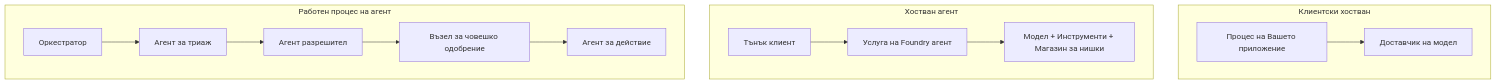
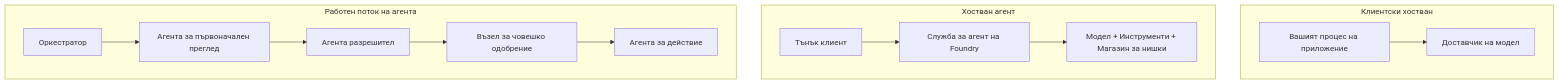
Before and after one commit to gabrielmoreira/agent-skills-mirror: the first of 4 diagrams in mirrors/repos/microsoft@ai-agents-for-beginners/translations/bg/16-deploying-scalable-agents/README.md, drawn with Mermaid. The commit also changed other lines of this file and 4262 other files, not shown here.

````diff
--- a/mirrors/repos/microsoft@ai-agents-for-beginners/translations/bg/16-deploying-scalable-agents/README.md
+++ b/mirrors/repos/microsoft@ai-agents-for-beginners/translations/bg/16-deploying-scalable-agents/README.md
@@ -87,16 +87,16 @@
 ```mermaid
 flowchart TB
     subgraph P1[Клиентски хостван]
-        A1[Процес на Вашето приложение] --> M1[Доставчик на модел]
+        A1[Вашият процес на приложение] --> M1[Доставчик на модел]
     end
     subgraph P2[Хостван агент]
-        A2[Тънък клиент] --> F2[Услуга на Foundry агент]
+        A2[Тънък клиент] --> F2[Служба за агент на Foundry]
         F2 --> M2[Модел + Инструменти + Магазин за нишки]
     end
-    subgraph P3[Работен процес на агент]
-        A3[Оркестратор] --> S1[Агент за триаж]
-        S1 --> S2[Агент разрешител]
+    subgraph P3[Работен поток на агента]
+        A3[Оркестратор] --> S1[Агента за първоначален преглед]
+        S1 --> S2[Агента разрешител]
         S2 --> H[Възел за човешко одобрение]
-        H --> S3[Агент за действие]
+        H --> S3[Агента за действие]
     end
 ```
````
